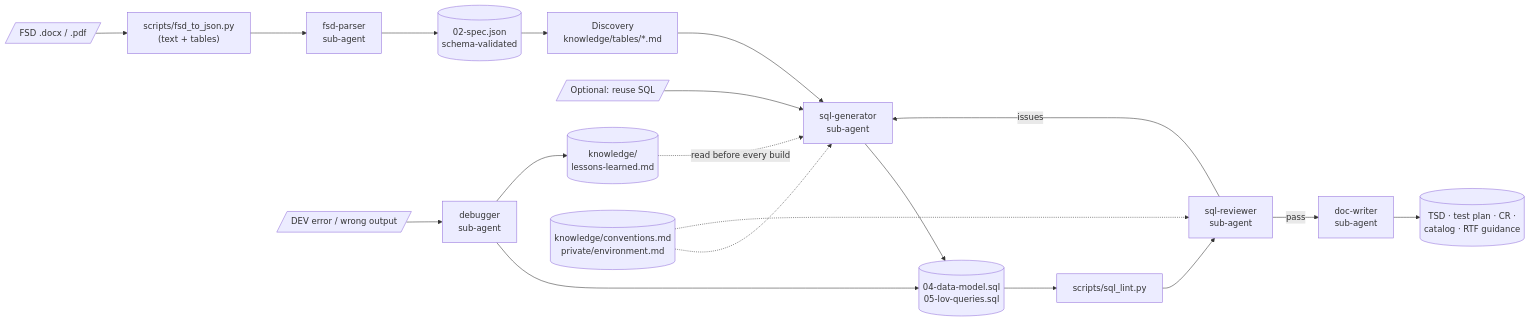
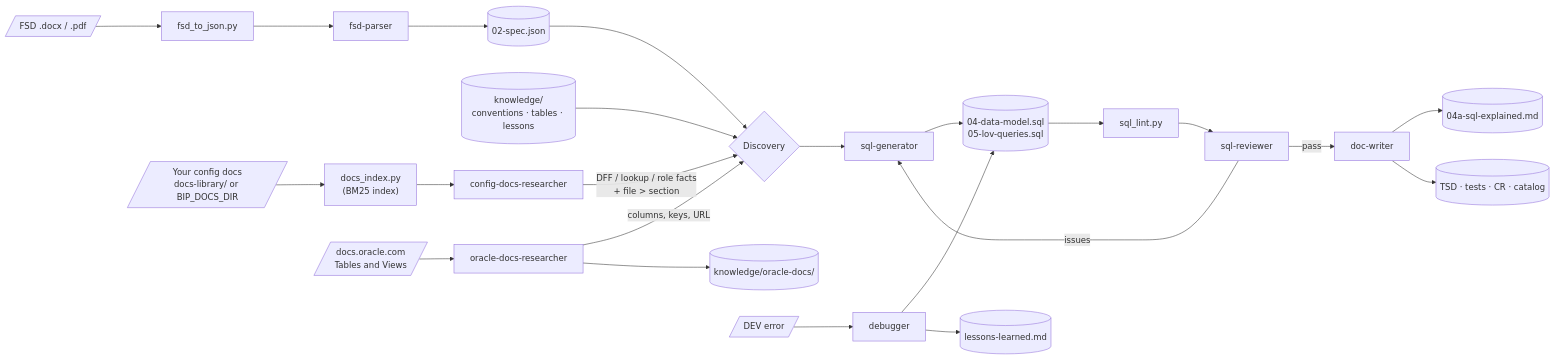
One commit to srikanthdonepudi11011997/bip-report-builder-agent changed the diagram in README.md. Above: the diagram before and after it, drawn with Mermaid. The commit also changed other lines of this file and 12 other files, not shown here.

````diff
--- a/README.md
+++ b/README.md
@@ -76,21 +91,24 @@
 ```mermaid
 flowchart LR
-    FSD[/"FSD .docx / .pdf"/] --> X["scripts/fsd_to_json.py<br/>(text + tables)"]
-    X --> P["fsd-parser<br/>sub-agent"]
-    P --> S[("02-spec.json<br/>schema-validated")]
-    S --> D["Discovery<br/>knowledge/tables/*.md"]
-    R[/"Optional: reuse SQL"/] --> G
-    D --> G["sql-generator<br/>sub-agent"]
+    FSD[/"FSD .docx / .pdf"/] --> X["fsd_to_json.py"]
+    X --> P["fsd-parser"]
+    P --> S[("02-spec.json")]
+    S --> D{"Discovery"}
+    KB[("knowledge/<br/>conventions · tables · lessons")] --> D
+    CD[/"Your config docs<br/>docs-library/ or BIP_DOCS_DIR"/] --> IDX["docs_index.py<br/>(BM25 index)"]
+    IDX --> CR["config-docs-researcher"]
+    CR -- "DFF / lookup / role facts<br/>+ file > section" --> D
+    OD[/"docs.oracle.com<br/>Tables and Views"/] --> OR["oracle-docs-researcher"]
+    OR -- "columns, keys, URL" --> D
+    OR --> CACHE[("knowledge/oracle-docs/")]
+    D --> G["sql-generator"]
     G --> SQL[("04-data-model.sql<br/>05-lov-queries.sql")]
-    SQL --> L["scripts/sql_lint.py"]
-    L --> V["sql-reviewer<br/>sub-agent"]
+    SQL --> L["sql_lint.py"] --> V["sql-reviewer"]
     V -- "issues" --> G
-    V -- "pass" --> W["doc-writer<br/>sub-agent"]
-    W --> OUT[("TSD · test plan · CR ·<br/>catalog · RTF guidance")]
-    E[/"DEV error / wrong output"/] --> DBG["debugger<br/>sub-agent"]
+    V -- "pass" --> W["doc-writer"]
+    W --> EXP[("04a-sql-explained.md")]
+    W --> OUT[("TSD · tests · CR · catalog")]
+    E[/"DEV error"/] --> DBG["debugger"]
     DBG --> SQL
-    DBG --> LL[("knowledge/<br/>lessons-learned.md")]
-    LL -. "read before every build" .-> G
-    K[("knowledge/conventions.md<br/>private/environment.md")] -.-> G
-    K -.-> V
+    DBG --> LL[("lessons-learned.md")]
 ```
````
